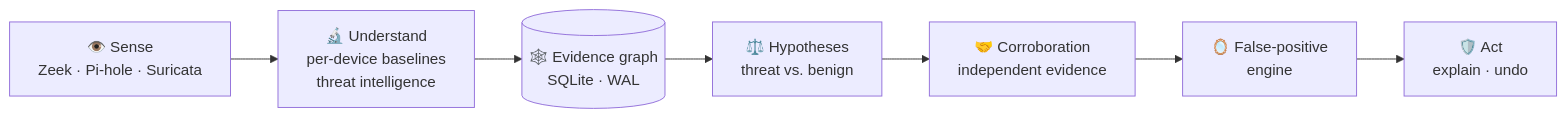
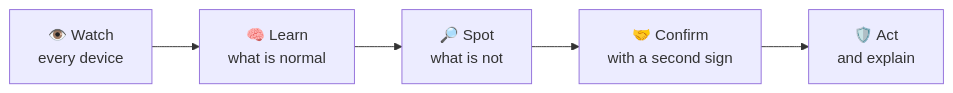
One commit to gsaket-sky/home-ids changed the diagram in README.md. Above: the diagram before and after it, drawn with Mermaid. The commit also changed other lines of this file, not shown here.

````diff
--- a/README.md
+++ b/README.md
@@ -45,9 +71,7 @@
 ```mermaid
 flowchart LR
-    A["👁️ Sense<br/>Zeek · Pi-hole · Suricata"] --> B["🔬 Understand<br/>per-device baselines<br/>threat intelligence"]
-    B --> C[("🕸️ Evidence graph<br/>SQLite · WAL")]
-    C --> D["⚖️ Hypotheses<br/>threat vs. benign"]
-    D --> E["🤝 Corroboration<br/>independent evidence"]
-    E --> F["🪞 False-positive<br/>engine"]
-    F --> G["🛡️ Act<br/>explain · undo"]
+    A["👁️ Watch<br/>every device"] --> B["🧠 Learn<br/>what is normal"]
+    B --> C["🔎 Spot<br/>what is not"]
+    C --> D["🤝 Confirm<br/>with a second sign"]
+    D --> E["🛡️ Act<br/>and explain"]
 ```
````
